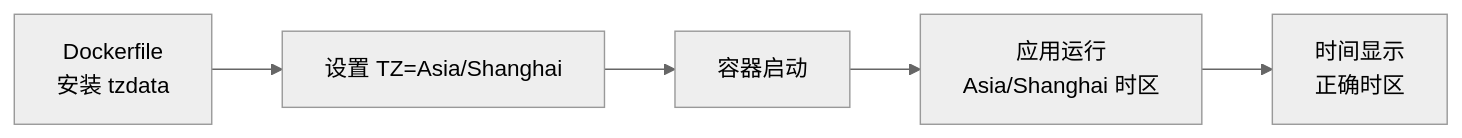
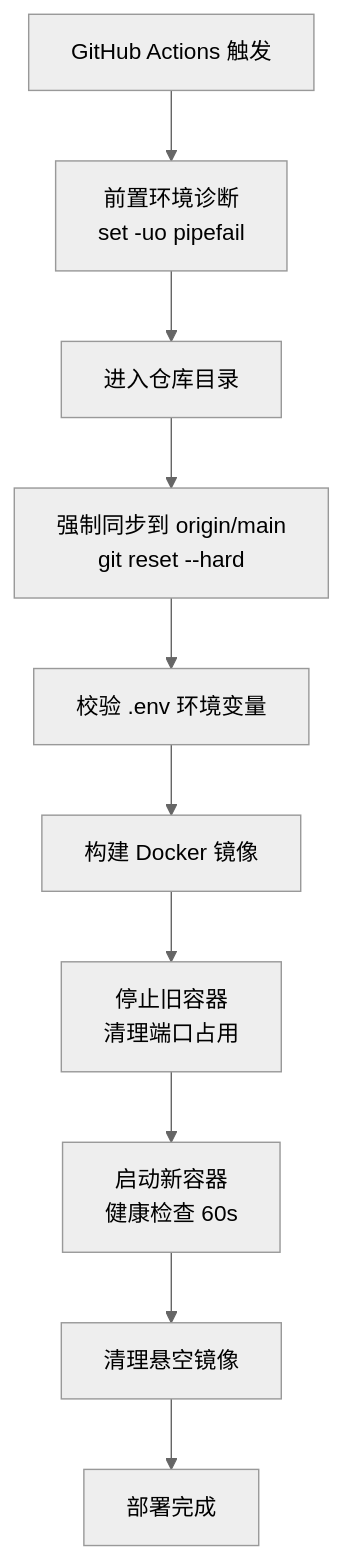
One commit to zezzezzez/reddit changed the fifth of 6 diagrams in .qoder/repowiki/zh/content/部署指南/容器化部署.md. Above: the diagram before and after it, drawn with Mermaid (neutral theme). The commit also changed other lines of this file and 21 other files, not shown here.

````diff
--- a/.qoder/repowiki/zh/content/部署指南/容器化部署.md
+++ b/.qoder/repowiki/zh/content/部署指南/容器化部署.md
@@ -255,7 +276,12 @@
 ```mermaid
-flowchart LR
-A["Dockerfile<br/>安装 tzdata"] --> B["设置 TZ=Asia/Shanghai"]
-B --> C["容器启动"]
-C --> D["应用运行<br/>Asia/Shanghai 时区"]
-D --> E["时间显示<br/>正确时区"]
+flowchart TD
+A["GitHub Actions 触发"] --> B["前置环境诊断<br/>set -uo pipefail"]
+B --> C["进入仓库目录"]
+C --> D["强制同步到 origin/main<br/>git reset --hard"]
+D --> E["校验 .env 环境变量"]
+E --> F["构建 Docker 镜像"]
+F --> G["停止旧容器<br/>清理端口占用"]
+G --> H["启动新容器<br/>健康检查 60s"]
+H --> I["清理悬空镜像"]
+I --> J["部署完成"]
 ```
````
